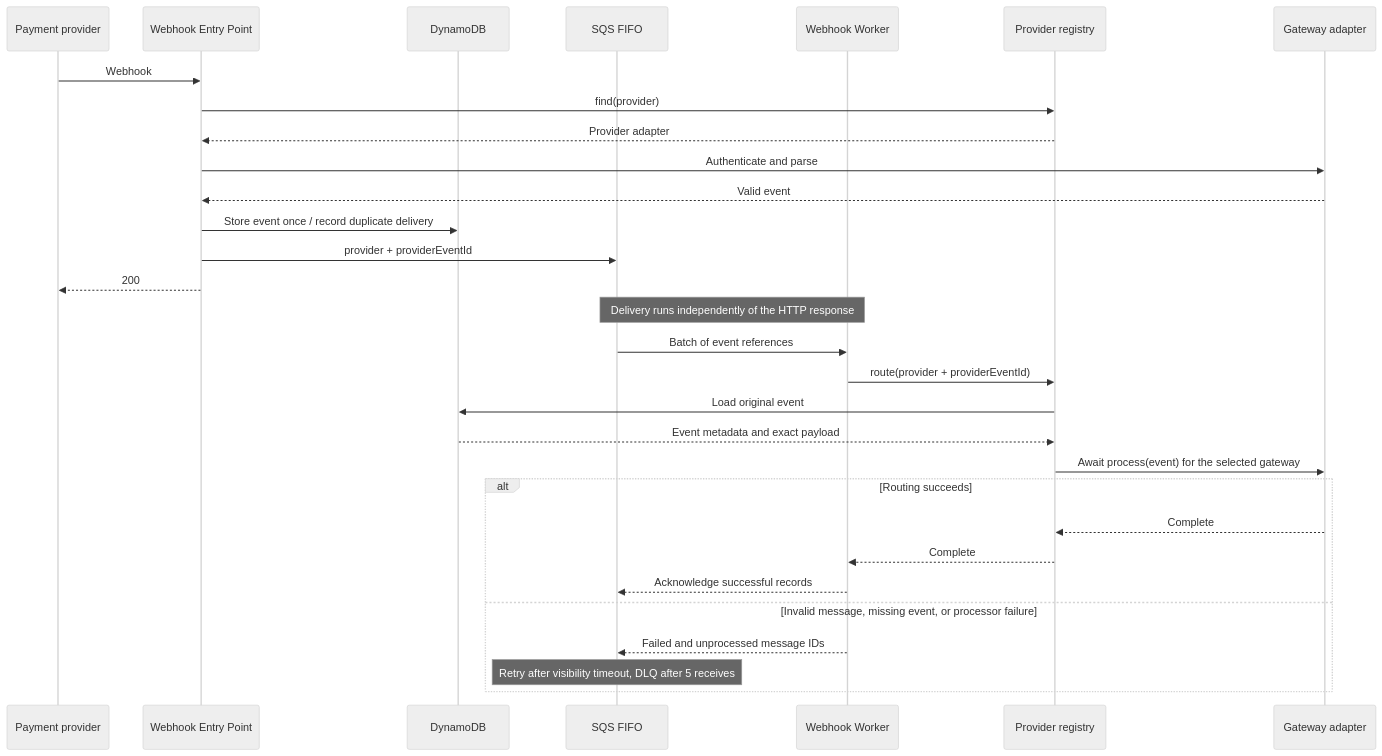
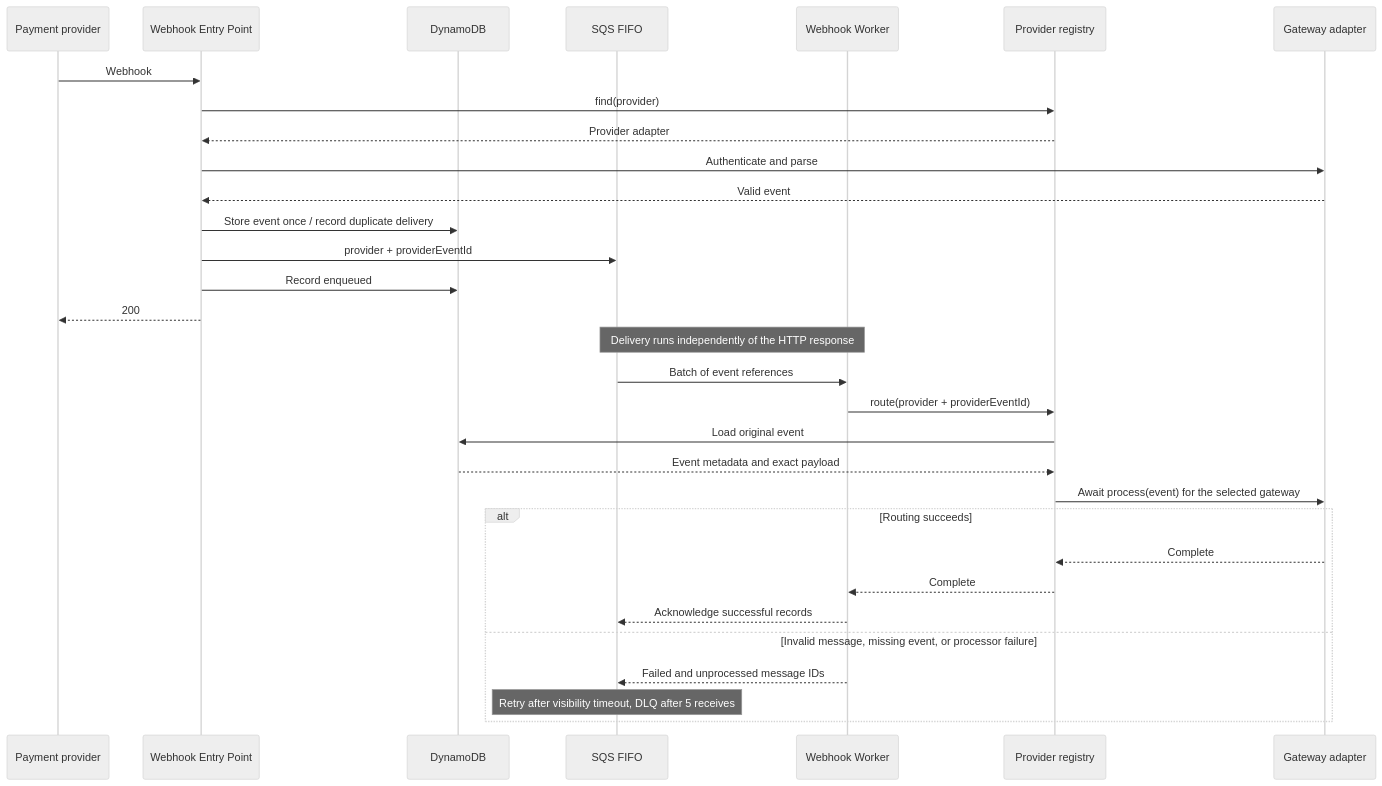
Before and after one commit to gabrielroriz/aws-resilient-payment-flow: the diagram in docs/architecture/webhook-processing.md, drawn with Mermaid (neutral theme). The commit also changed 11 other files, not shown here.

First line of the commit message:
feat: record webhook events as enqueued after dispatch

````diff
--- a/docs/architecture/webhook-processing.md
+++ b/docs/architecture/webhook-processing.md
@@ -7,32 +7,33 @@
 ```mermaid
 sequenceDiagram
     participant Provider as Payment provider
     participant Entry as Webhook Entry Point
     participant Store as DynamoDB
     participant Queue as SQS FIFO
     participant Worker as Webhook Worker
     participant Registry as Provider registry
     participant Gateway as Gateway adapter
     Provider->>Entry: Webhook
     Entry->>Registry: find(provider)
     Registry-->>Entry: Provider adapter
     Entry->>Gateway: Authenticate and parse
     Gateway-->>Entry: Valid event
     Entry->>Store: Store event once / record duplicate delivery
     Entry->>Queue: provider + providerEventId
+    Entry->>Store: Record enqueued
     Entry-->>Provider: 200
     Note over Queue,Worker: Delivery runs independently of the HTTP response
     Queue->>Worker: Batch of event references
     Worker->>Registry: route(provider + providerEventId)
     Registry->>Store: Load original event
     Store-->>Registry: Event metadata and exact payload
     Registry->>Gateway: Await process(event) for the selected gateway
     alt Routing succeeds
         Gateway-->>Registry: Complete
         Registry-->>Worker: Complete
         Worker-->>Queue: Acknowledge successful records
     else Invalid message, missing event, or processor failure
         Worker-->>Queue: Failed and unprocessed message IDs
         Note over Queue: Retry after visibility timeout, DLQ after 5 receives
     end
 ```
````
